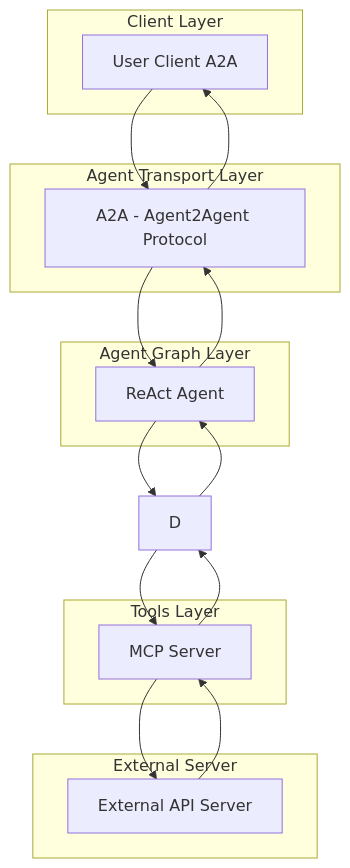
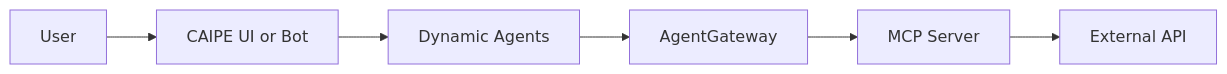
One commit to cnoe-io/ai-platform-engineering changed the diagram in docs/docs/agents/README.md. Above: the diagram before and after it, drawn with Mermaid. The commit also changed other lines of this file and 252 other files, not shown here.

````diff
--- a/docs/docs/agents/README.md
+++ b/docs/docs/agents/README.md
@@ -34,21 +31,8 @@
 ```mermaid
-flowchart TD
-  subgraph Client Layer
-    A[User Client A2A]
-  end
-  subgraph Agent Transport Layer
-    B[A2A - Agent2Agent Protocol]
-  end
-  subgraph Agent Graph Layer
-    C[ReAct Agent]
-  end
-  subgraph Tools Layer
-    E[MCP Server]
-  end
-  subgraph External Server
-      F[External API Server]
-  end
-
-  A --> B --> C --> D --> E --> F
-  F --> E --> D --> C --> B --> A
+flowchart LR
+  User[User] --> UI[CAIPE UI or Bot]
+  UI --> DA[Dynamic Agents]
+  DA --> AG[AgentGateway]
+  AG --> MCP[MCP Server]
+  MCP --> API[External API]
 ```
````
